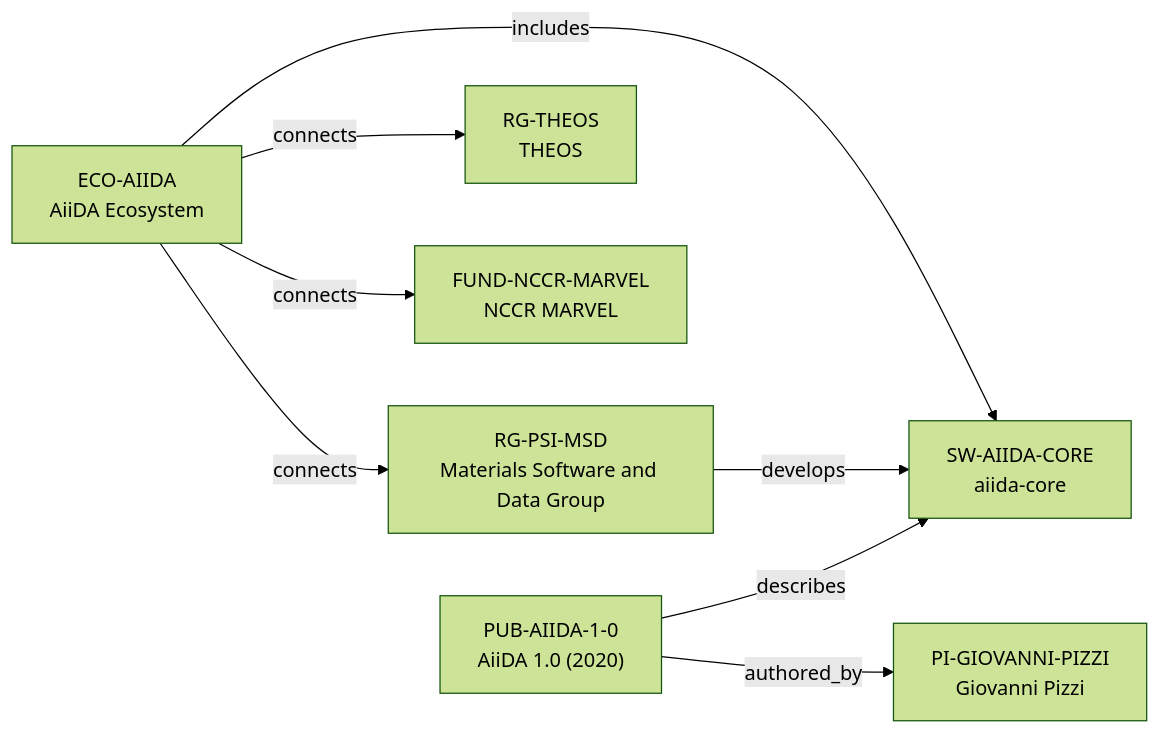
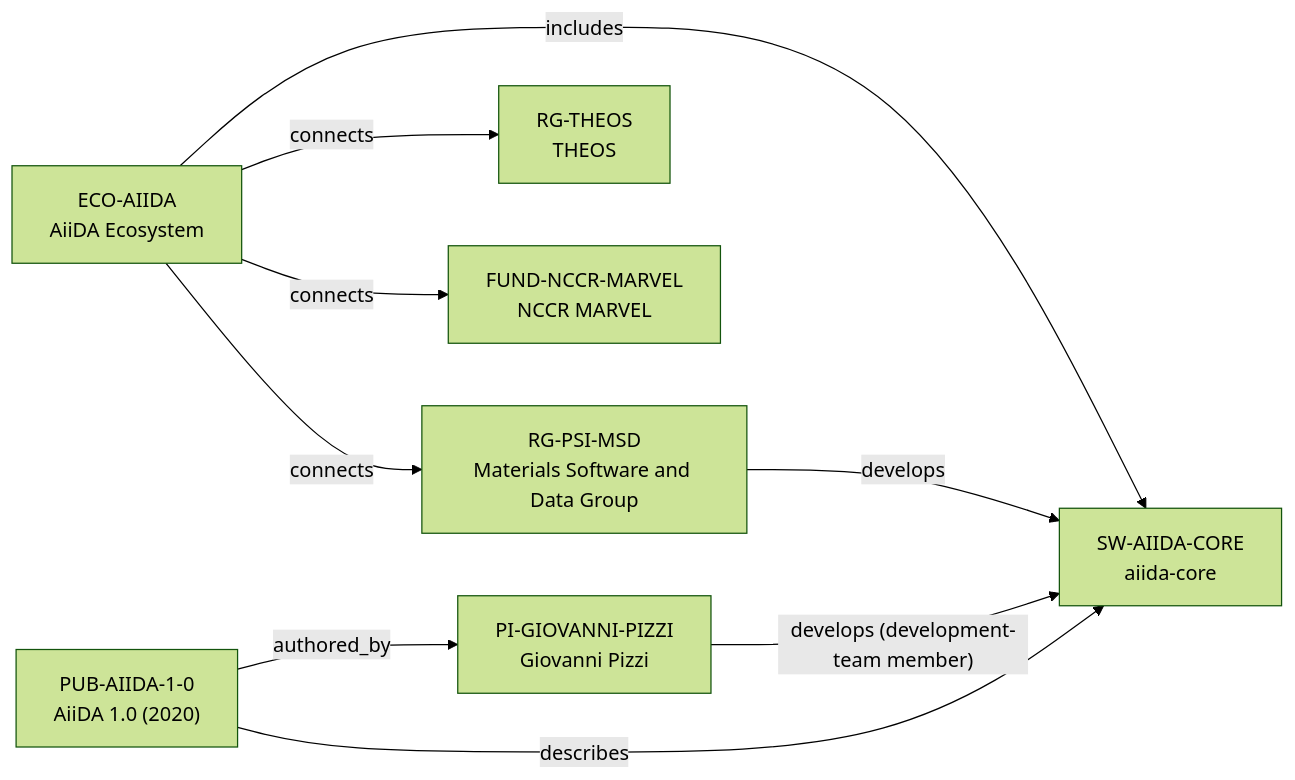
One commit to akin-oz/research-landscape changed the diagram in docs/aiida-ecosystem-intelligence-vertical-slice.md. Above: the diagram before and after it, drawn with Mermaid (forest theme). The commit also changed other lines of this file and 17 other files, not shown here.

````diff
--- a/docs/aiida-ecosystem-intelligence-vertical-slice.md
+++ b/docs/aiida-ecosystem-intelligence-vertical-slice.md
@@ -20,10 +20,11 @@
 ```mermaid
 flowchart LR
   ECO["ECO-AIIDA\nAiiDA Ecosystem"] -->|"includes"| SW["SW-AIIDA-CORE\naiida-core"]
   ECO -->|"connects"| RG["RG-PSI-MSD\nMaterials Software and Data Group"]
   ECO -->|"connects"| THEOS["RG-THEOS\nTHEOS"]
   ECO -->|"connects"| FUND["FUND-NCCR-MARVEL\nNCCR MARVEL"]
   RG -->|"develops"| SW
+  PI -->|"develops (development-team member)"| SW
   PUB["PUB-AIIDA-1-0\nAiiDA 1.0 (2020)"] -->|"describes"| SW
   PUB -->|"authored_by"| PI["PI-GIOVANNI-PIZZI\nGiovanni Pizzi"]
 ```
````
